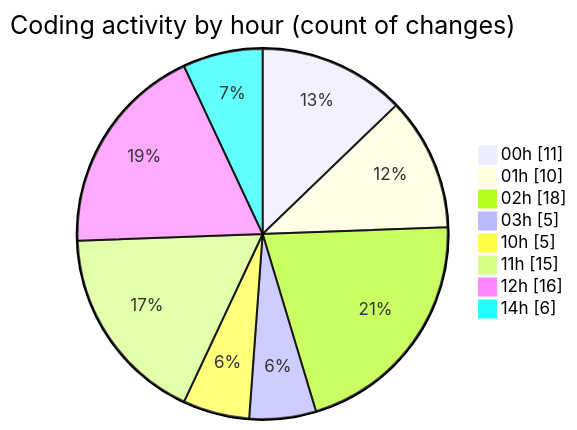
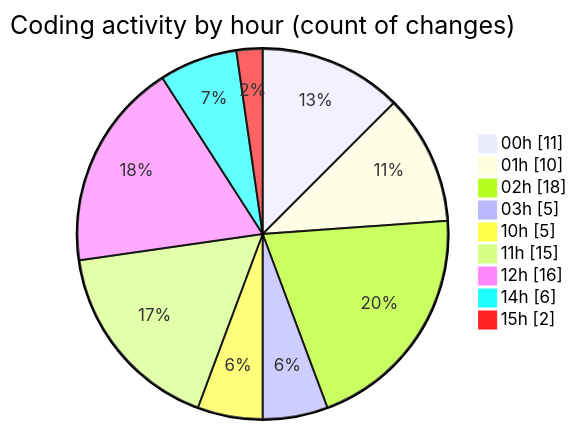
One commit to julien-gomy/code-tracking changed the second of 2 diagrams in 2025-11-02/cdp_aleoudev_fr__workspace_/README.md. Above: the diagram before and after it, drawn with Mermaid. The commit also changed other lines of this file and 1 other file, not shown here.

````diff
--- a/2025-11-02/cdp_aleoudev_fr__workspace_/README.md
+++ b/2025-11-02/cdp_aleoudev_fr__workspace_/README.md
@@ -34,12 +36,13 @@
 ```mermaid
 pie showData
 title Coding activity by hour (count of changes)
 "00h" : 11
 "01h" : 10
 "02h" : 18
 "03h" : 5
 "10h" : 5
 "11h" : 15
 "12h" : 16
 "14h" : 6
+"15h" : 2
 ```
````
